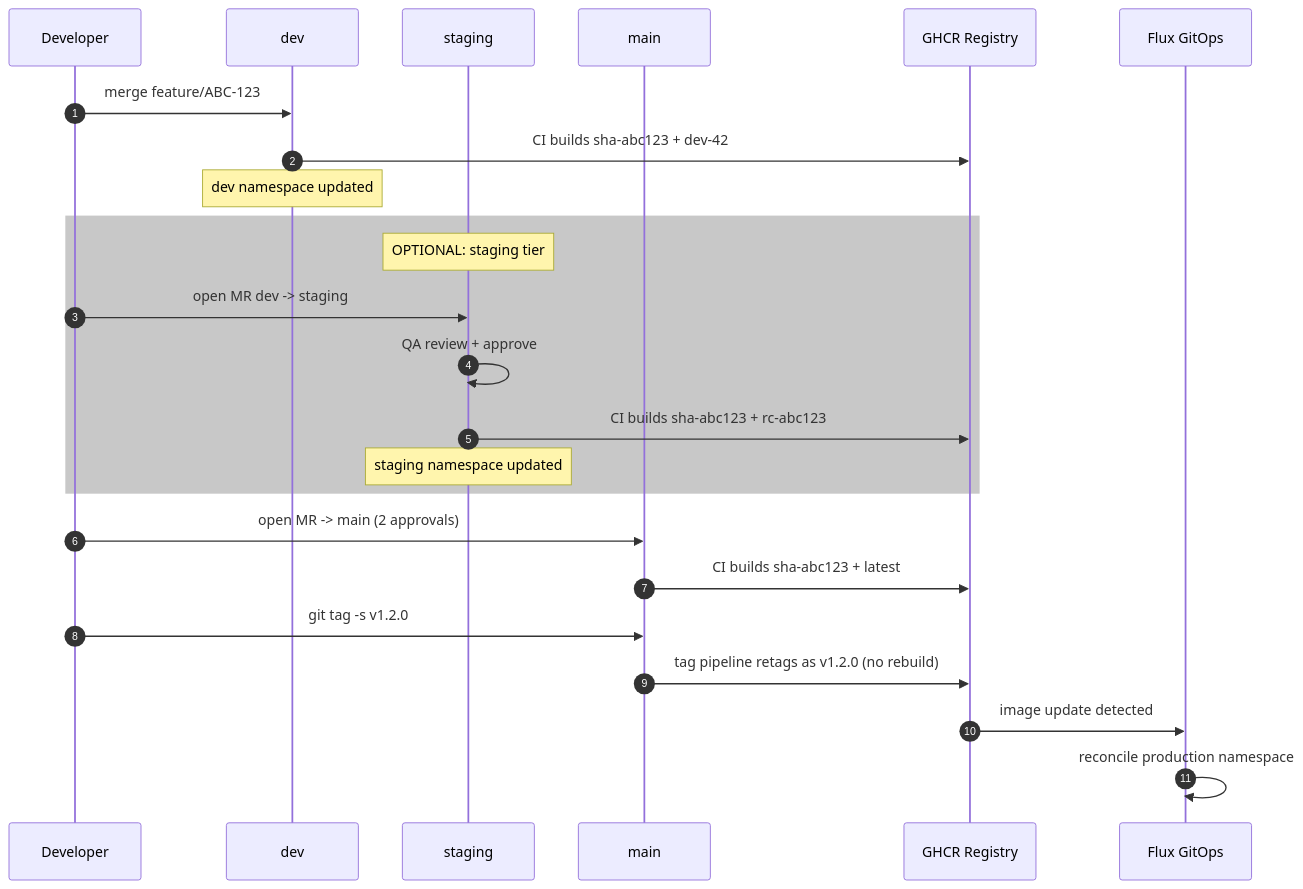
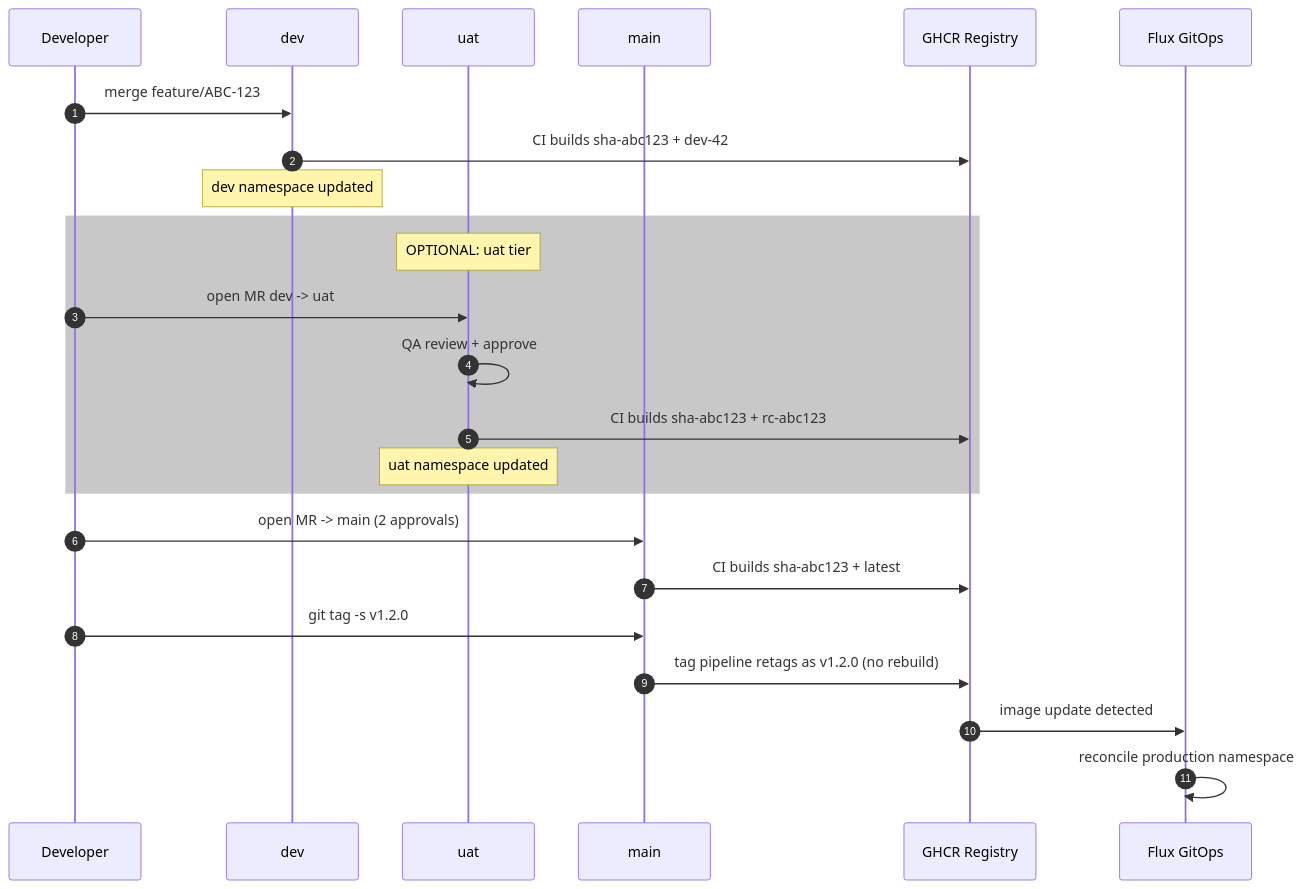
Before and after one commit to duynhlab/homelab: the second of 7 diagrams in docs/platform/gitflow.md, drawn with Mermaid. The commit also changed other lines of this file and 6 other files, not shown here.

First line of the commit message:
Rename staging release tier to uat

````diff
--- a/docs/platform/gitflow.md
+++ b/docs/platform/gitflow.md
@@ -82,29 +82,29 @@
 ```mermaid
 sequenceDiagram
     autonumber
     participant Dev as Developer
     participant DevBranch as dev
-    participant Staging as staging
+    participant UAT as uat
     participant Main as main
     participant GHCR as GHCR Registry
     participant Flux as Flux GitOps
 
     Dev->>DevBranch: merge feature/ABC-123
     DevBranch->>GHCR: CI builds sha-abc123 + dev-42
     Note over DevBranch: dev namespace updated
 
     rect rgb(200, 200, 200)
-        Note over Staging: OPTIONAL: staging tier
-        Dev->>Staging: open MR dev -> staging
-        Staging->>Staging: QA review + approve
-        Staging->>GHCR: CI builds sha-abc123 + rc-abc123
-        Note over Staging: staging namespace updated
+        Note over UAT: OPTIONAL: uat tier
+        Dev->>UAT: open MR dev -> uat
+        UAT->>UAT: QA review + approve
+        UAT->>GHCR: CI builds sha-abc123 + rc-abc123
+        Note over UAT: uat namespace updated
     end
 
     Dev->>Main: open MR -> main (2 approvals)
     Main->>GHCR: CI builds sha-abc123 + latest
     Dev->>Main: git tag -s v1.2.0
     Main->>GHCR: tag pipeline retags as v1.2.0 (no rebuild)
     GHCR->>Flux: image update detected
     Flux->>Flux: reconcile production namespace
 ```
````
